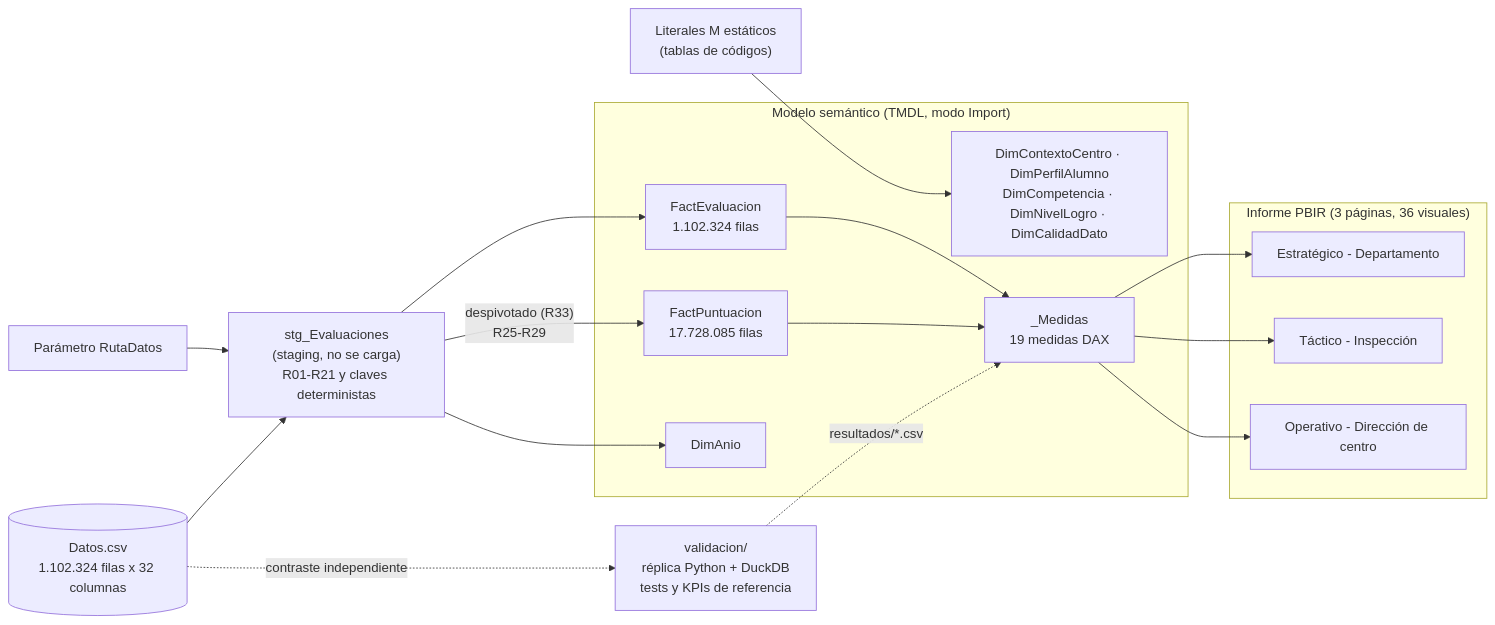
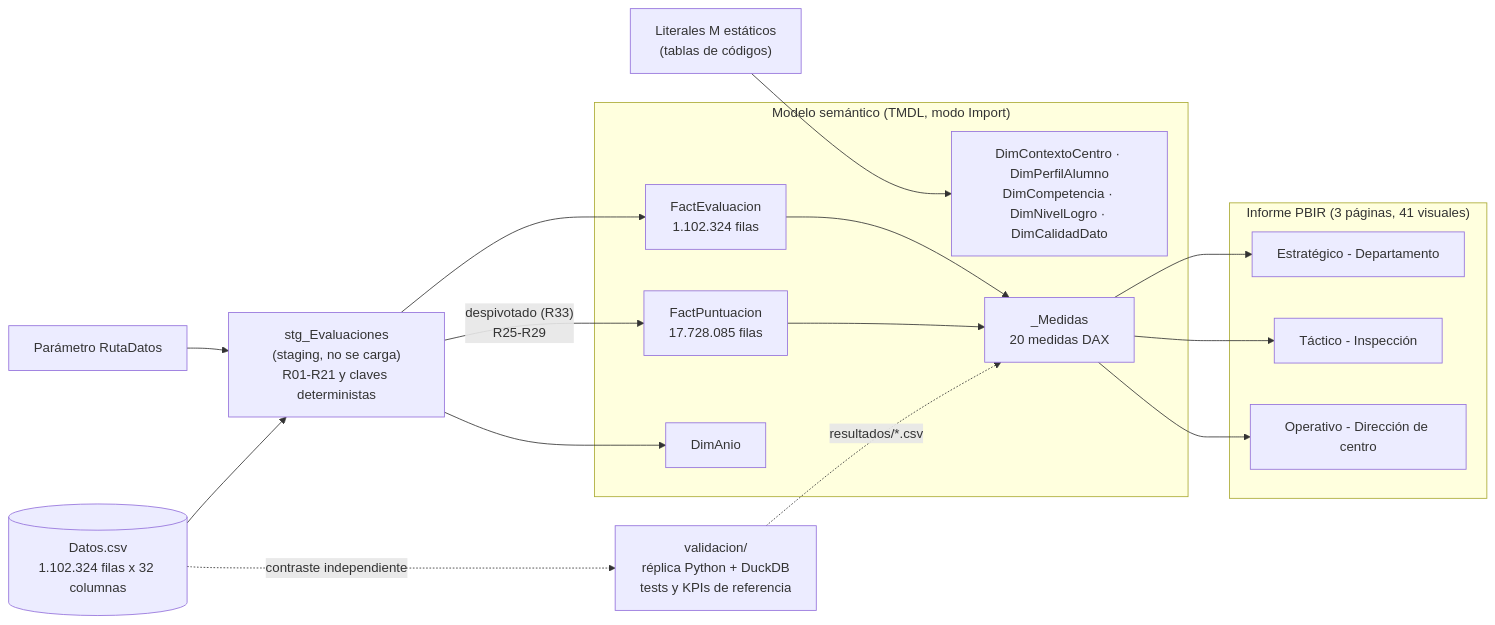
One commit to Ochimbo/TFG_Project changed the first of 2 diagrams in Documentation/Docu_Final/Docu_Parcial/02_Modelo_y_diccionario.md. Above: the diagram before and after it, drawn with Mermaid. The commit also changed other lines of this file and 91 other files, not shown here.

````diff
--- a/Documentation/Docu_Final/Docu_Parcial/02_Modelo_y_diccionario.md
+++ b/Documentation/Docu_Final/Docu_Parcial/02_Modelo_y_diccionario.md
@@ -25,37 +27,37 @@
 ```mermaid
 flowchart LR
     CSV[("Datos.csv<br/>1.102.324 filas x 32 columnas")]
     PAR["Parámetro RutaDatos"]
     STG["stg_Evaluaciones<br/>(staging, no se carga)<br/>R01-R21 y claves deterministas"]
     LIT["Literales M estáticos<br/>(tablas de códigos)"]
 
     subgraph MODELO["Modelo semántico (TMDL, modo Import)"]
         FE["FactEvaluacion<br/>1.102.324 filas"]
         FP["FactPuntuacion<br/>17.728.085 filas"]
         DA["DimAnio"]
         DS["DimContextoCentro · DimPerfilAlumno<br/>DimCompetencia · DimNivelLogro · DimCalidadDato"]
-        MED["_Medidas<br/>19 medidas DAX"]
+        MED["_Medidas<br/>20 medidas DAX"]
     end
 
-    subgraph INFORME["Informe PBIR (3 páginas, 36 visuales)"]
+    subgraph INFORME["Informe PBIR (3 páginas, 41 visuales)"]
         P1["Estratégico - Departamento"]
         P2["Táctico - Inspección"]
         P3["Operativo - Dirección de centro"]
     end
 
     VAL["validacion/<br/>réplica Python + DuckDB<br/>tests y KPIs de referencia"]
 
     PAR --> STG
     CSV --> STG
     STG --> FE
     STG -->|"despivotado (R33)<br/>R25-R29"| FP
     STG --> DA
     LIT --> DS
     FE --> MED
     FP --> MED
     MED --> P1
     MED --> P2
     MED --> P3
     CSV -.->|"contraste independiente"| VAL
     VAL -.->|"resultados/*.csv"| MED
 ```
````
